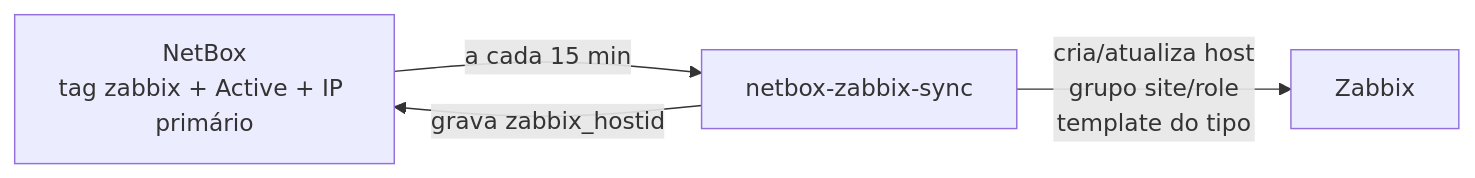
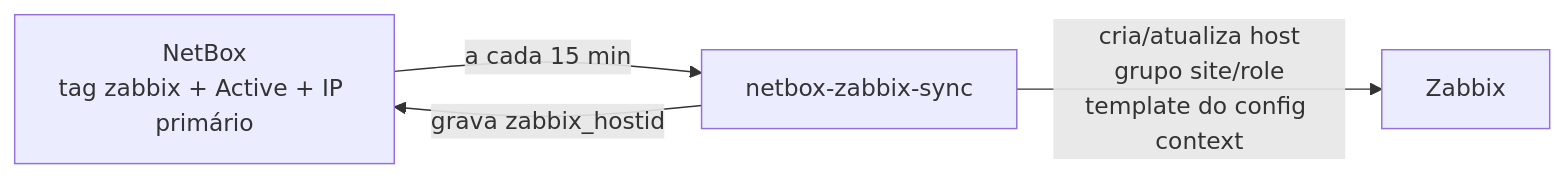
One commit to FelpsAlmeid/homelab-infra changed the diagram in servicos/netbox-zabbix-sync/README.md. Above: the diagram before and after it, drawn with Mermaid. The commit also changed other lines of this file and 5 other files, not shown here.

First line of the commit message:
zabbix: ICMP Ping como template padrão via config context do NetBox

````diff
--- a/servicos/netbox-zabbix-sync/README.md
+++ b/servicos/netbox-zabbix-sync/README.md
@@ -9,6 +9,6 @@
 ```mermaid
 flowchart LR
     NB["NetBox<br/>tag zabbix + Active + IP primário"] -->|a cada 15 min| S[netbox-zabbix-sync]
-    S -->|cria/atualiza host<br/>grupo site/role<br/>template do tipo| Z[Zabbix]
+    S -->|cria/atualiza host<br/>grupo site/role<br/>template do config context| Z[Zabbix]
     S -->|grava zabbix_hostid| NB
 ```
````
